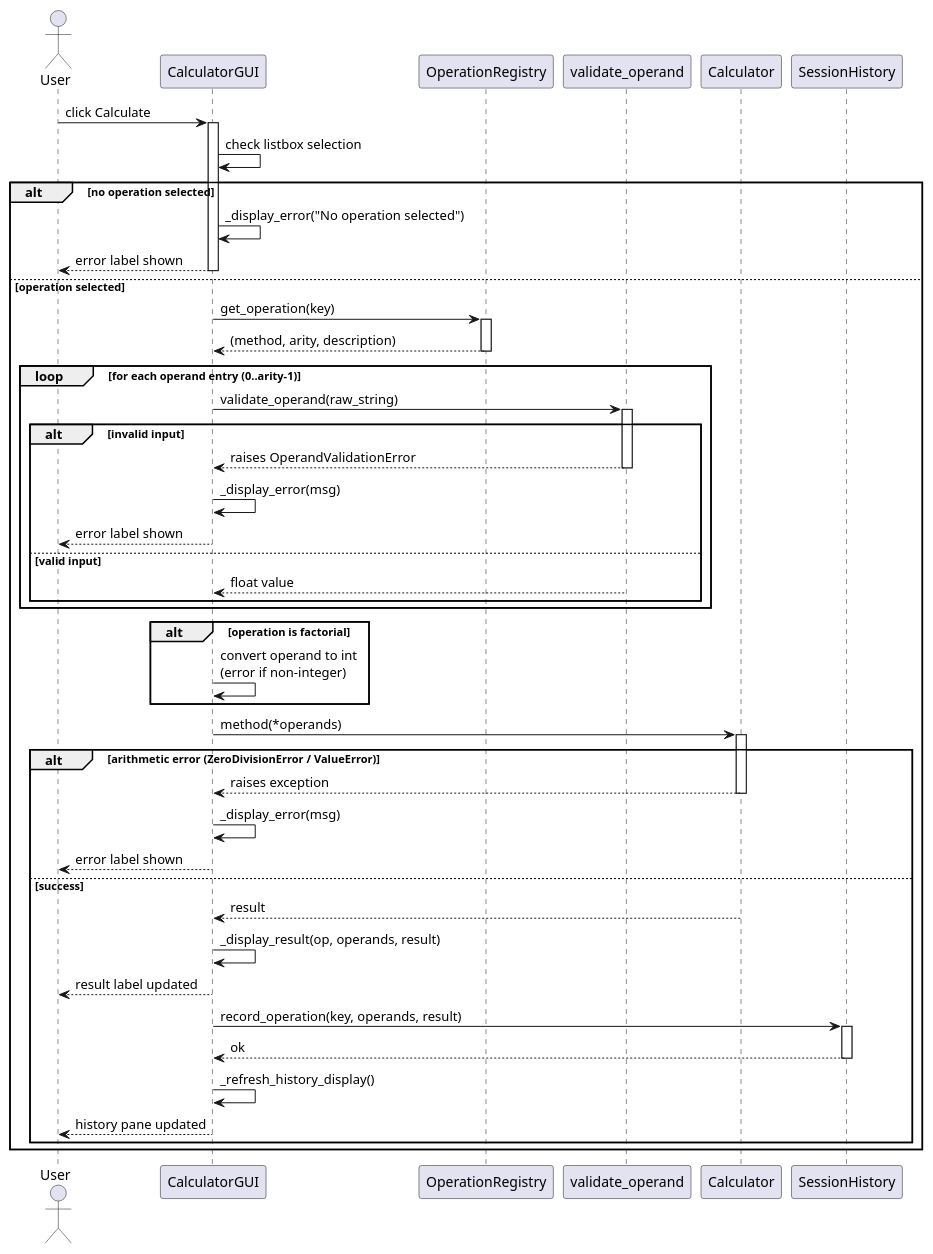
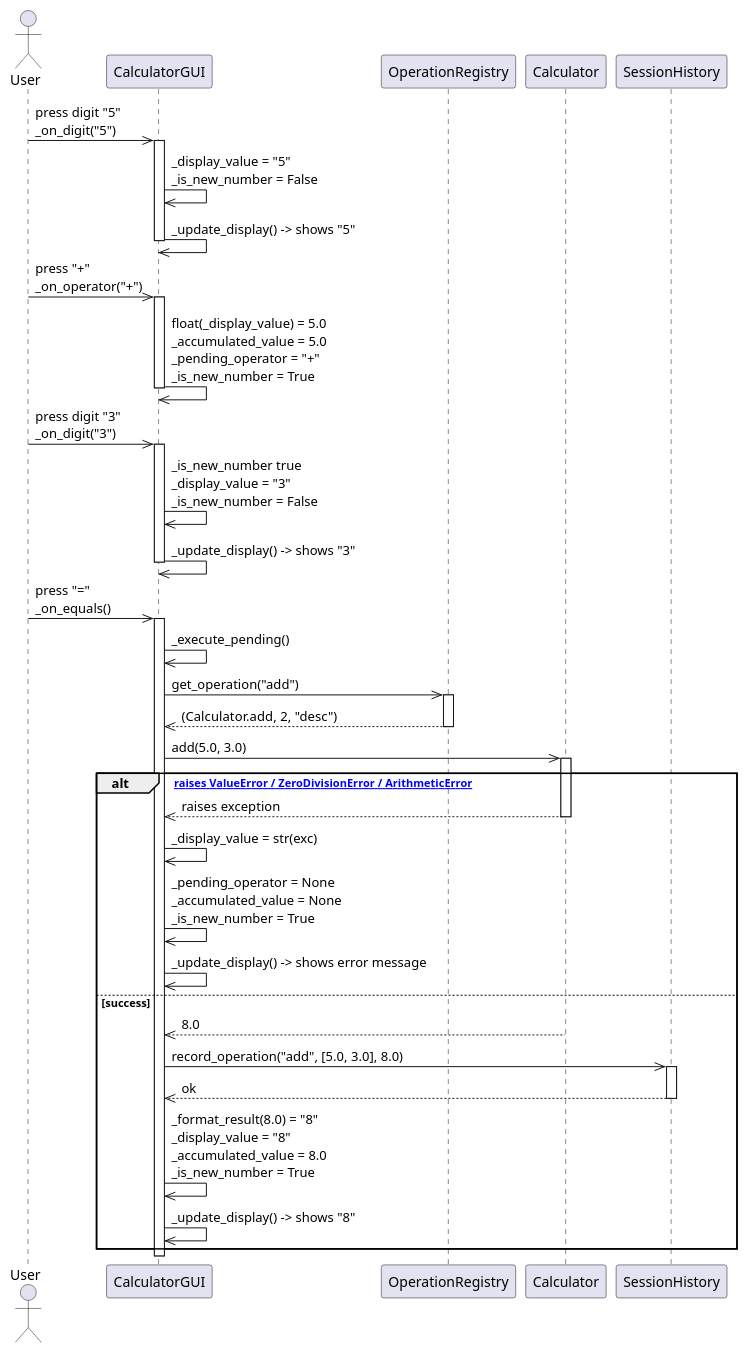
One commit to DanielRiha8906/Calculator_bachelor_autoevolution_team changed the diagram in artifacts/sequence_diagram_gui_execution.puml. Above: the diagram before and after it, drawn with PlantUML. The commit also changed 3 other files, not shown here.

First line of the commit message:
chore: update diagrams for iOS calculator GUI redesign

```diff
--- a/artifacts/sequence_diagram_gui_execution.puml
+++ b/artifacts/sequence_diagram_gui_execution.puml
@@ -1,69 +1,59 @@
 @startuml sequence_diagram_gui_execution
 
 actor User
 participant "CalculatorGUI" as GUI
 participant "OperationRegistry" as Registry
-participant "validate_operand" as Validation
 participant "Calculator" as Calc
 participant "SessionHistory" as History
 
-User -> GUI : click Calculate
+User ->> GUI : press digit "5"\n_on_digit("5")
 activate GUI
+GUI ->> GUI : _display_value = "5"\n_is_new_number = False
+GUI ->> GUI : _update_display() -> shows "5"
+deactivate GUI
 
-GUI -> GUI : check listbox selection
-alt no operation selected
-    GUI -> GUI : _display_error("No operation selected")
-    GUI --> User : error label shown
-    deactivate GUI
-else operation selected
-    GUI -> Registry : get_operation(key)
-    activate Registry
-    Registry --> GUI : (method, arity, description)
-    deactivate Registry
+User ->> GUI : press "+"\n_on_operator("+")
+activate GUI
+GUI ->> GUI : float(_display_value) = 5.0\n_accumulated_value = 5.0\n_pending_operator = "+"\n_is_new_number = True
+deactivate GUI
 
-    loop for each operand entry (0..arity-1)
-        GUI -> Validation : validate_operand(raw_string)
-        activate Validation
-        alt invalid input
-            Validation --> GUI : raises OperandValidationError
-            deactivate Validation
-            GUI -> GUI : _display_error(msg)
-            GUI --> User : error label shown
-            deactivate GUI
-        else valid input
-            Validation --> GUI : float value
-            deactivate Validation
-        end
-    end
+User ->> GUI : press digit "3"\n_on_digit("3")
+activate GUI
+GUI ->> GUI : _is_new_number true\n_display_value = "3"\n_is_new_number = False
+GUI ->> GUI : _update_display() -> shows "3"
+deactivate GUI
 
-    alt operation is factorial
-        GUI -> GUI : convert operand to int\n(error if non-integer)
-    end
+User ->> GUI : press "="\n_on_equals()
+activate GUI
+GUI ->> GUI : _execute_pending()
 
-    GUI -> Calc : method(*operands)
-    activate Calc
-    alt arithmetic error (ZeroDivisionError / ValueError)
-        Calc --> GUI : raises exception
-        deactivate Calc
-        GUI -> GUI : _display_error(msg)
-        GUI --> User : error label shown
-        deactivate GUI
-    else success
-        Calc --> GUI : result
-        deactivate Calc
+GUI ->> Registry : get_operation("add")
+activate Registry
+Registry -->> GUI : (Calculator.add, 2, "desc")
+deactivate Registry
 
-        GUI -> GUI : _display_result(op, operands, result)
-        GUI --> User : result label updated
+GUI ->> Calc : add(5.0, 3.0)
+activate Calc
 
-        GUI -> History : record_operation(key, operands, result)
-        activate History
-        History --> GUI : ok
-        deactivate History
+alt [Calculator raises ValueError / ZeroDivisionError / ArithmeticError]
+    Calc -->> GUI : raises exception
+    deactivate Calc
+    GUI ->> GUI : _display_value = str(exc)
+    GUI ->> GUI : _pending_operator = None\n_accumulated_value = None\n_is_new_number = True
+    GUI ->> GUI : _update_display() -> shows error message
+else success
+    Calc -->> GUI : 8.0
+    deactivate Calc
 
-        GUI -> GUI : _refresh_history_display()
-        GUI --> User : history pane updated
-        deactivate GUI
-    end
+    GUI ->> History : record_operation("add", [5.0, 3.0], 8.0)
+    activate History
+    History -->> GUI : ok
+    deactivate History
+
+    GUI ->> GUI : _format_result(8.0) = "8"\n_display_value = "8"\n_accumulated_value = 8.0\n_is_new_number = True
+    GUI ->> GUI : _update_display() -> shows "8"
 end
 
+deactivate GUI
+
 @enduml
```
